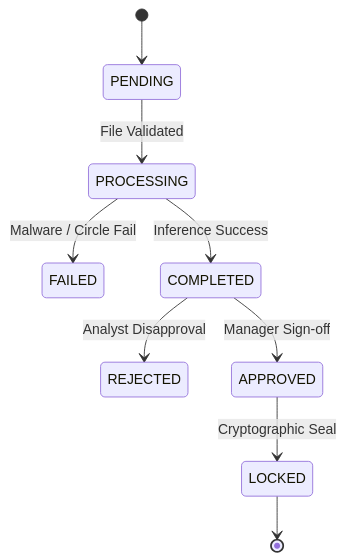
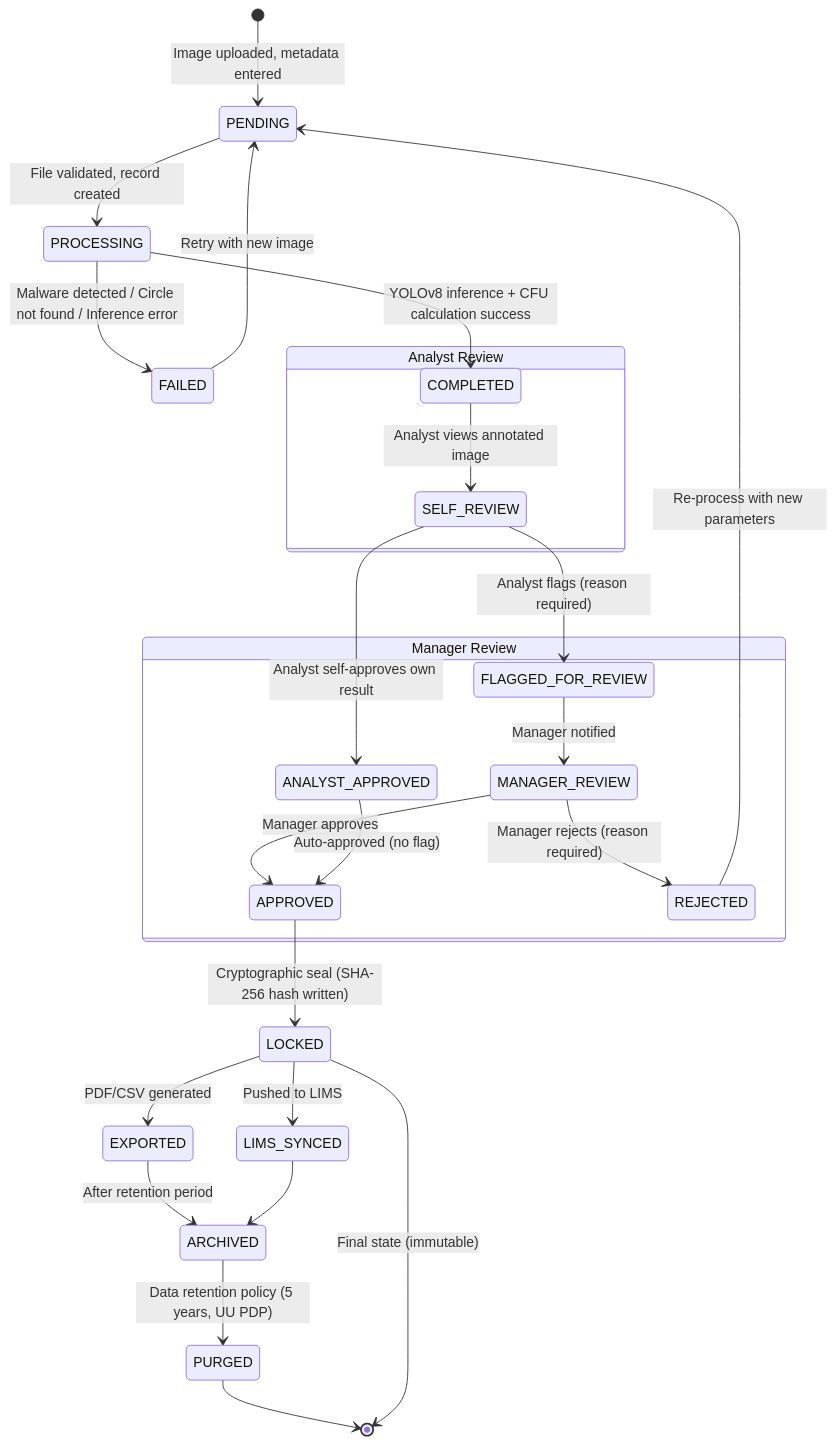
The sixth of 8 diagrams in project-management/08-uml-architecture.md (wi5nuu/colonyai), drawn with Mermaid before and after one commit. The commit also changed other lines of this file, not shown here.

Commit message:
docs: update UML architecture diagrams to match production implementation

````diff
--- a/project-management/08-uml-architecture.md
+++ b/project-management/08-uml-architecture.md
@@ -180,11 +492,34 @@
 ```mermaid
 stateDiagram-v2
-    [*] --> PENDING
-    PENDING --> PROCESSING : File Validated
-    PROCESSING --> FAILED : Malware / Circle Fail
-    PROCESSING --> COMPLETED : Inference Success
-    COMPLETED --> REJECTED : Analyst Disapproval
-    COMPLETED --> APPROVED : Manager Sign-off
-    APPROVED --> LOCKED : Cryptographic Seal
-    LOCKED --> [*]
+    [*] --> PENDING : Image uploaded, metadata entered
+
+    PENDING --> PROCESSING : File validated, record created
+    PROCESSING --> FAILED : Malware detected / Circle not found / Inference error
+    PROCESSING --> COMPLETED : YOLOv8 inference + CFU calculation success
+
+    state "Analyst Review" as REVIEW {
+        COMPLETED --> SELF_REVIEW : Analyst views annotated image
+        SELF_REVIEW --> FLAGGED_FOR_REVIEW : Analyst flags (reason required)
+        SELF_REVIEW --> ANALYST_APPROVED : Analyst self-approves own result
+    }
+
+    state "Manager Review" as MREVIEW {
+        FLAGGED_FOR_REVIEW --> MANAGER_REVIEW : Manager notified
+        MANAGER_REVIEW --> APPROVED : Manager approves
+        MANAGER_REVIEW --> REJECTED : Manager rejects (reason required)
+        ANALYST_APPROVED --> APPROVED : Auto-approved (no flag)
+    }
+
+    APPROVED --> LOCKED : Cryptographic seal (SHA-256 hash written)
+    REJECTED --> PENDING : Re-process with new parameters
+
+    LOCKED --> EXPORTED : PDF/CSV generated
+    LOCKED --> LIMS_SYNCED : Pushed to LIMS
+    EXPORTED --> ARCHIVED : After retention period
+    LIMS_SYNCED --> ARCHIVED
+    ARCHIVED --> PURGED : Data retention policy (5 years, UU PDP)
+
+    FAILED --> PENDING : Retry with new image
+    PURGED --> [*]
+    LOCKED --> [*] : Final state (immutable)
 ```
````
